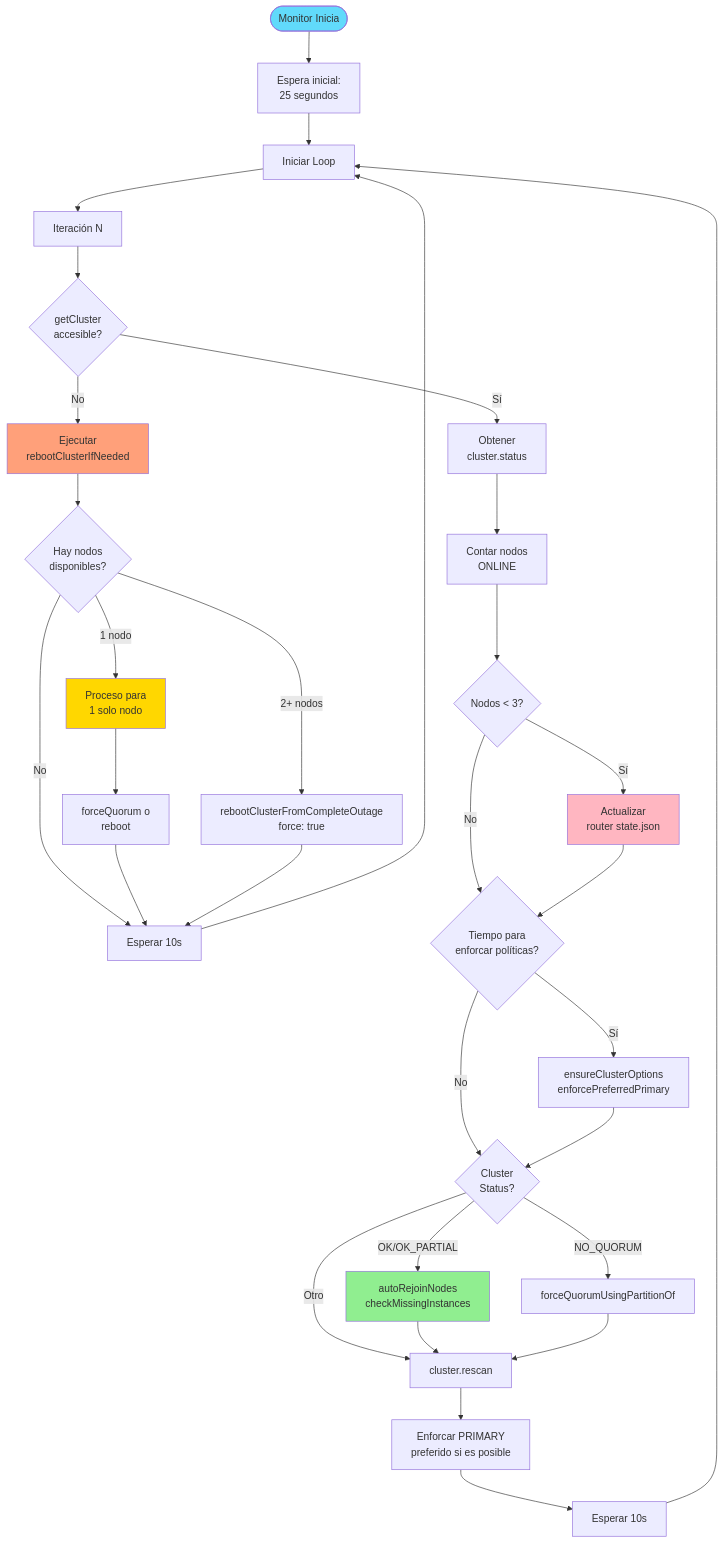
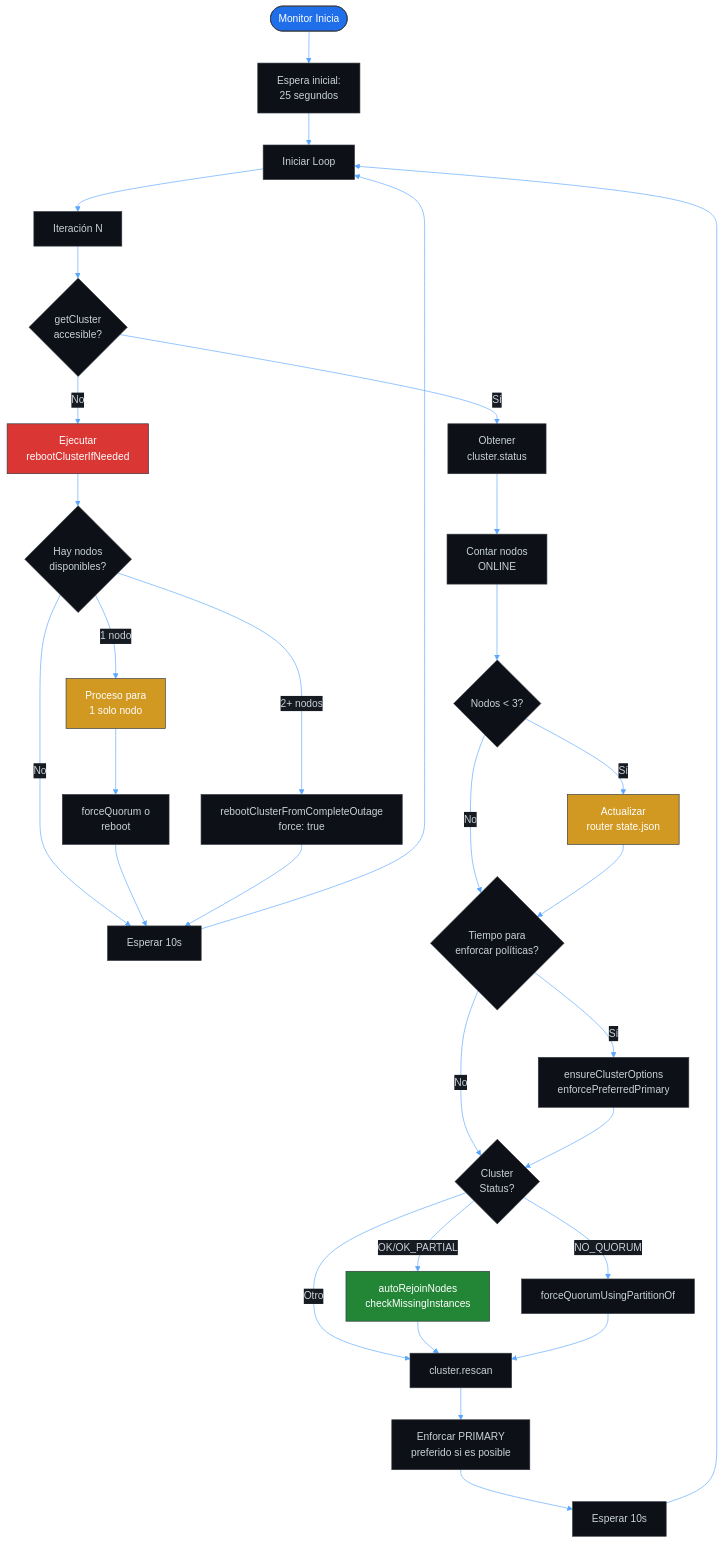
One commit to JoaquinLoaizaUCSM/sistema-gestion-sobretiempos-ha changed the tenth of 13 diagrams in docs/ARQUITECTURA.md. Above: the diagram before and after it, drawn with Mermaid. The commit also changed other lines of this file and 2 other files, not shown here.

Commit message:
Docs: Update diagrams for dark mode and refresh README

````diff
--- a/docs/ARQUITECTURA.md
+++ b/docs/ARQUITECTURA.md
@@ -410,59 +419,60 @@
 ```mermaid
+%%{init: {'theme': 'base', 'themeVariables': { 'primaryColor': '#0d1117', 'primaryTextColor': '#c9d1d9', 'primaryBorderColor': '#30363d', 'lineColor': '#58a6ff', 'secondaryColor': '#161b22', 'tertiaryColor': '#161b22', 'mainBkg': '#0d1117', 'nodeBorder': '#30363d', 'clusterBkg': '#161b22', 'clusterBorder': '#30363d', 'defaultLinkColor': '#58a6ff', 'fontFamily': 'arial', 'fontSize': '16px'}}}%%
 flowchart TD
     INIT([Monitor Inicia])
     
     INIT --> DELAY[Espera inicial:<br/>25 segundos]
     
     DELAY --> LOOP[Iniciar Loop]
     
     LOOP --> ITER[Iteración N]
     
     ITER --> TRY{getCluster<br/>accesible?}
     
     TRY -->|No| RECOVER[Ejecutar<br/>rebootClusterIfNeeded]
     TRY -->|Sí| STATUS[Obtener<br/>cluster.status]
     
     RECOVER --> CHECK1{Hay nodos<br/>disponibles?}
     CHECK1 -->|No| SLEEP1[Esperar 10s]
     CHECK1 -->|1 nodo| SINGLE[Proceso para<br/>1 solo nodo]
     CHECK1 -->|2+ nodos| REBOOT[rebootClusterFromCompleteOutage<br/>force: true]
     
     SINGLE --> FORCE[forceQuorum o<br/>reboot]
     
     FORCE --> SLEEP1
     REBOOT --> SLEEP1
     
     STATUS --> COUNT[Contar nodos<br/>ONLINE]
     
     COUNT --> DEGRADED{Nodos < 3?}
     
     DEGRADED -->|Sí| UPDATEROUTER[Actualizar<br/>router state.json]
     DEGRADED -->|No| POLICY{Tiempo para<br/>enforcar políticas?}
     
     UPDATEROUTER --> POLICY
     
     POLICY -->|Sí| ENFORCE[ensureClusterOptions<br/>enforcePreferredPrimary]
     POLICY -->|No| CLSTATUS{Cluster<br/>Status?}
     
     ENFORCE --> CLSTATUS
     
     CLSTATUS -->|OK/OK_PARTIAL| HEAL[autoRejoinNodes<br/>checkMissingInstances]
     CLSTATUS -->|NO_QUORUM| FORCEQUORUM[forceQuorumUsingPartitionOf]
     CLSTATUS -->|Otro| RESCAN[cluster.rescan]
     
     HEAL --> RESCAN
     FORCEQUORUM --> RESCAN
     
     RESCAN --> PREFPRIMARY[Enforcar PRIMARY<br/>preferido si es posible]
     
     PREFPRIMARY --> SLEEP2[Esperar 10s]
     
     SLEEP1 --> LOOP
     SLEEP2 --> LOOP
     
-    style INIT fill:#61DAFB
-    style RECOVER fill:#FFA07A
-    style SINGLE fill:#FFD700
-    style UPDATEROUTER fill:#FFB6C1
-    style HEAL fill:#90EE90
+    style INIT fill:#1f6feb,color:#ffffff
+    style RECOVER fill:#da3633,color:#ffffff
+    style SINGLE fill:#d29922,color:#ffffff
+    style UPDATEROUTER fill:#d29922,color:#ffffff
+    style HEAL fill:#238636,color:#ffffff
 ```
````
